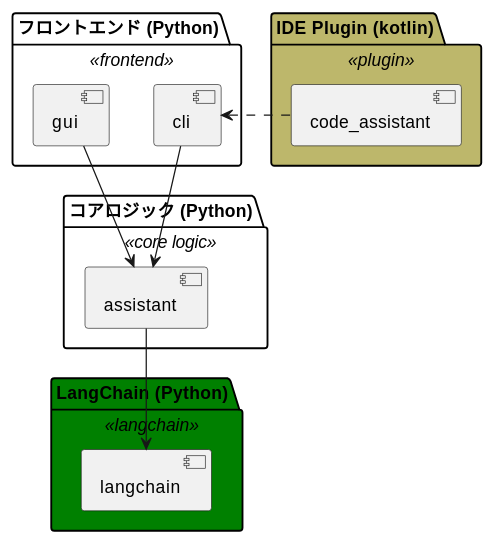
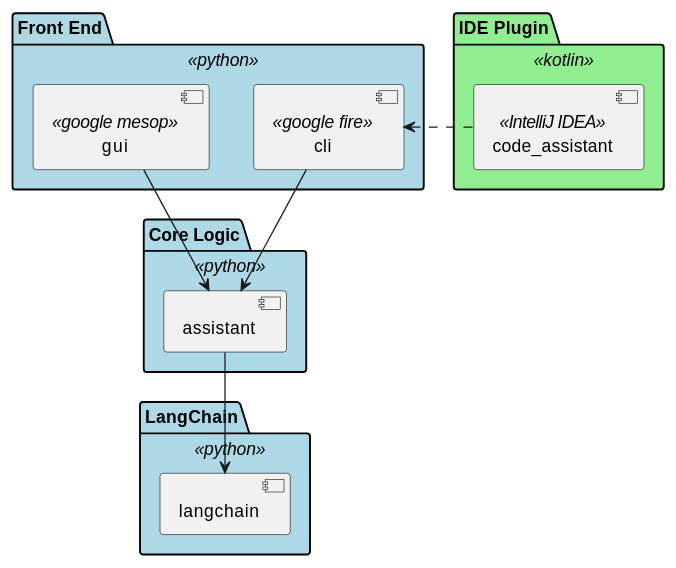
The first of 2 diagrams in doc/Design.md (LongbowXXX/ai-code-assistant), drawn with PlantUML before and after one commit. The commit also changed other lines of this file and 6 other files, not shown here.

````diff
--- a/doc/Design.md
+++ b/doc/Design.md
@@ -1,27 +5,29 @@
 ```plantuml
+@startuml
 skinparam package {
-    backgroundColor<<plugin>> DarkKhaki
-    backgroundColor<<langchain>> Green
+    backgroundColor<<python>> LightBlue
+    backgroundColor<<kotlin>> LightGreen
 }
-package "IDE Plugin (kotlin)" <<plugin>> {
-    [code_assistant]
+package "IDE Plugin" <<kotlin>> {
+    [code_assistant] <<IntelliJ IDEA>>
 }
 
-package "フロントエンド (Python)" <<frontend>> {
-    [cli]
-    [gui]
+package "Front End" <<python>> {
+    [cli] <<google fire>>
+    [gui] <<google mesop>>
 }
 
-package "コアロジック (Python)" <<core logic>> {
+package "Core Logic" <<python>> {
     [assistant]
 }
 
-package "LangChain (Python)" <<langchain>> {
+package "LangChain" <<python>> {
     [langchain]
 }
 
-[gui] -down-> [assistant]
-[cli] -down-> [assistant]
-[code_assistant] ..left-> [cli]
-[assistant] -down-> [langchain]
+[gui] -d-> [assistant]
+[cli] -d-> [assistant]
+[code_assistant] .l.-> [cli]
+[assistant] -d-> [langchain]
+@enduml
 ```
````
